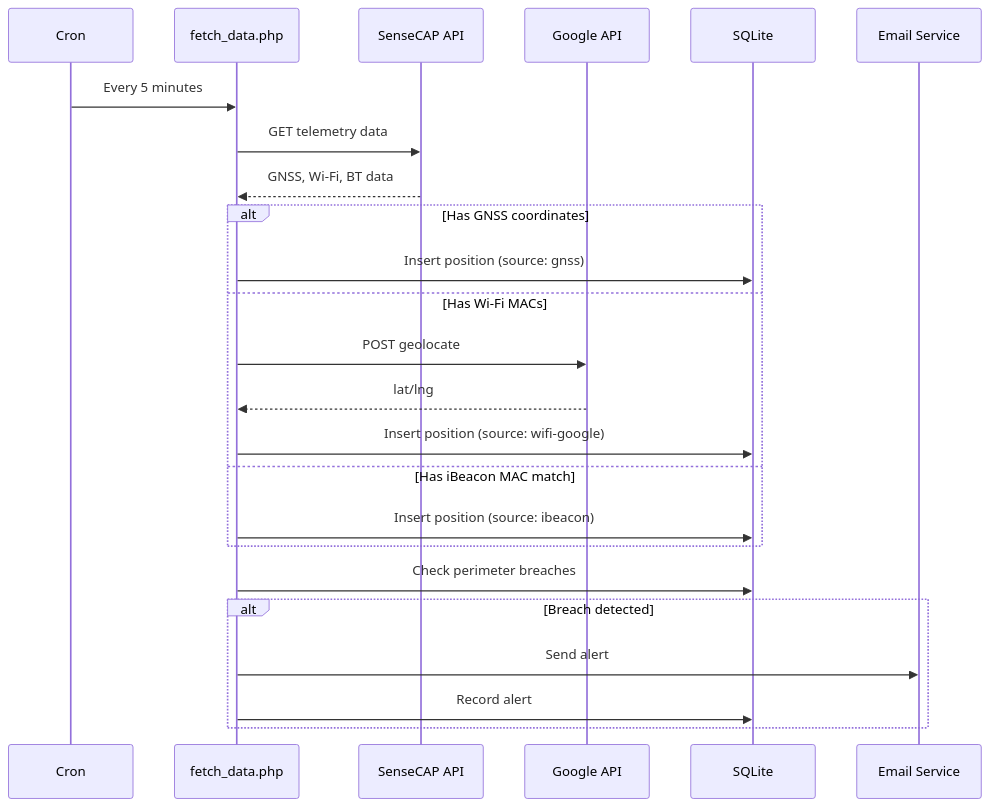
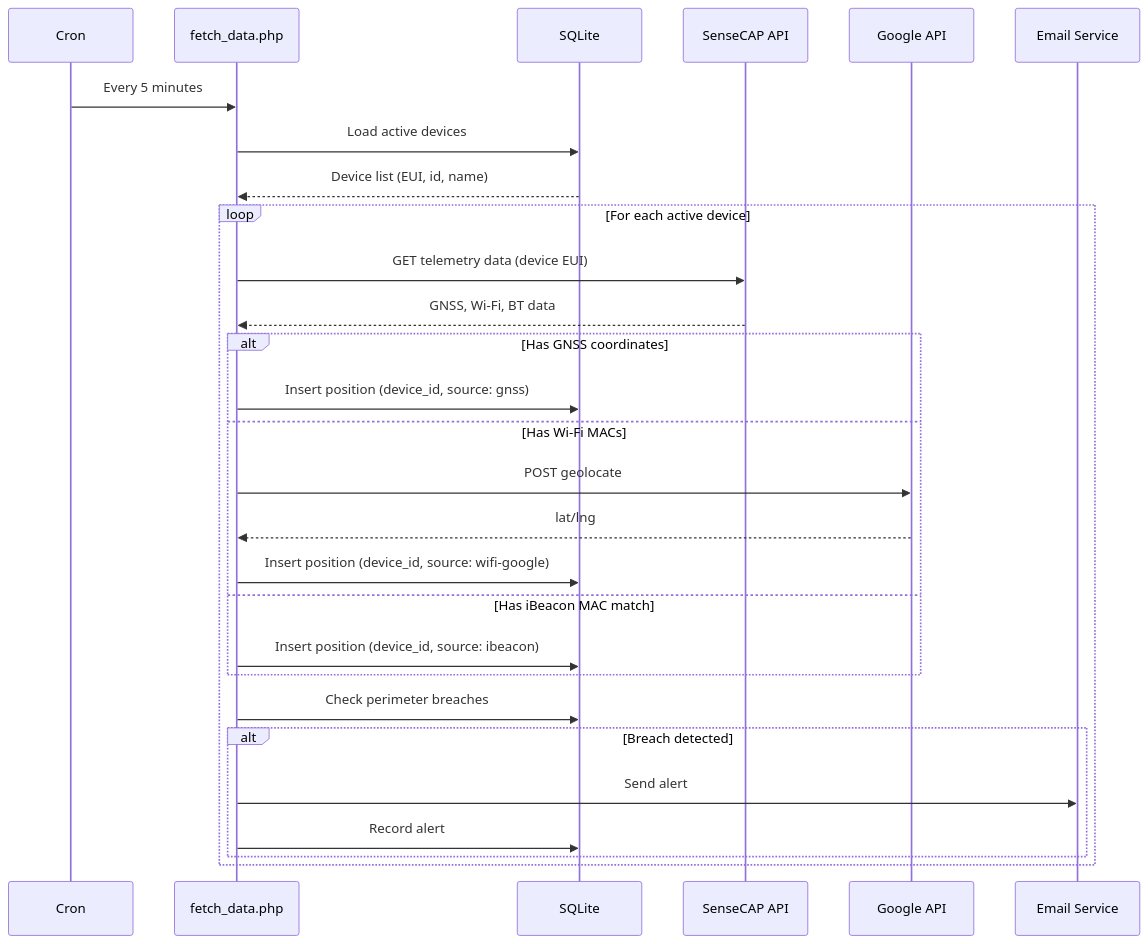
One commit to cpusmsng/tracker changed the second of 6 diagrams in ARCHITECTURE.md. Above: the diagram before and after it, drawn with Mermaid. The commit also changed other lines of this file and 9 other files, not shown here.

First line of the commit message:
Add multi-device support for tracking multiple SenseCAP T1000-A devices

````diff
--- a/ARCHITECTURE.md
+++ b/ARCHITECTURE.md
@@ -110,29 +110,34 @@
 ```mermaid
 sequenceDiagram
     participant Cron
     participant Fetch as fetch_data.php
+    participant DB as SQLite
     participant SenseCAP as SenseCAP API
     participant Google as Google API
-    participant DB as SQLite
     participant Email as Email Service
 
     Cron->>Fetch: Every 5 minutes
-    Fetch->>SenseCAP: GET telemetry data
-    SenseCAP-->>Fetch: GNSS, Wi-Fi, BT data
+    Fetch->>DB: Load active devices
+    DB-->>Fetch: Device list (EUI, id, name)
 
-    alt Has GNSS coordinates
-        Fetch->>DB: Insert position (source: gnss)
-    else Has Wi-Fi MACs
-        Fetch->>Google: POST geolocate
-        Google-->>Fetch: lat/lng
-        Fetch->>DB: Insert position (source: wifi-google)
-    else Has iBeacon MAC match
-        Fetch->>DB: Insert position (source: ibeacon)
-    end
+    loop For each active device
+        Fetch->>SenseCAP: GET telemetry data (device EUI)
+        SenseCAP-->>Fetch: GNSS, Wi-Fi, BT data
 
-    Fetch->>DB: Check perimeter breaches
-    alt Breach detected
-        Fetch->>Email: Send alert
-        Fetch->>DB: Record alert
+        alt Has GNSS coordinates
+            Fetch->>DB: Insert position (device_id, source: gnss)
+        else Has Wi-Fi MACs
+            Fetch->>Google: POST geolocate
+            Google-->>Fetch: lat/lng
+            Fetch->>DB: Insert position (device_id, source: wifi-google)
+        else Has iBeacon MAC match
+            Fetch->>DB: Insert position (device_id, source: ibeacon)
+        end
+
+        Fetch->>DB: Check perimeter breaches
+        alt Breach detected
+            Fetch->>Email: Send alert
+            Fetch->>DB: Record alert
+        end
     end
 ```
````
